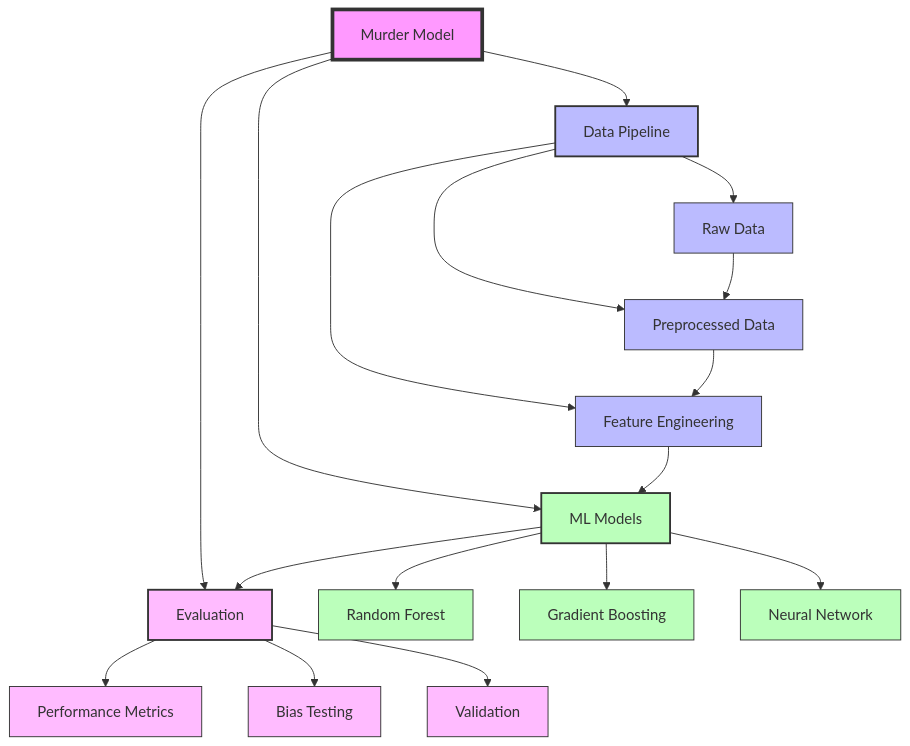
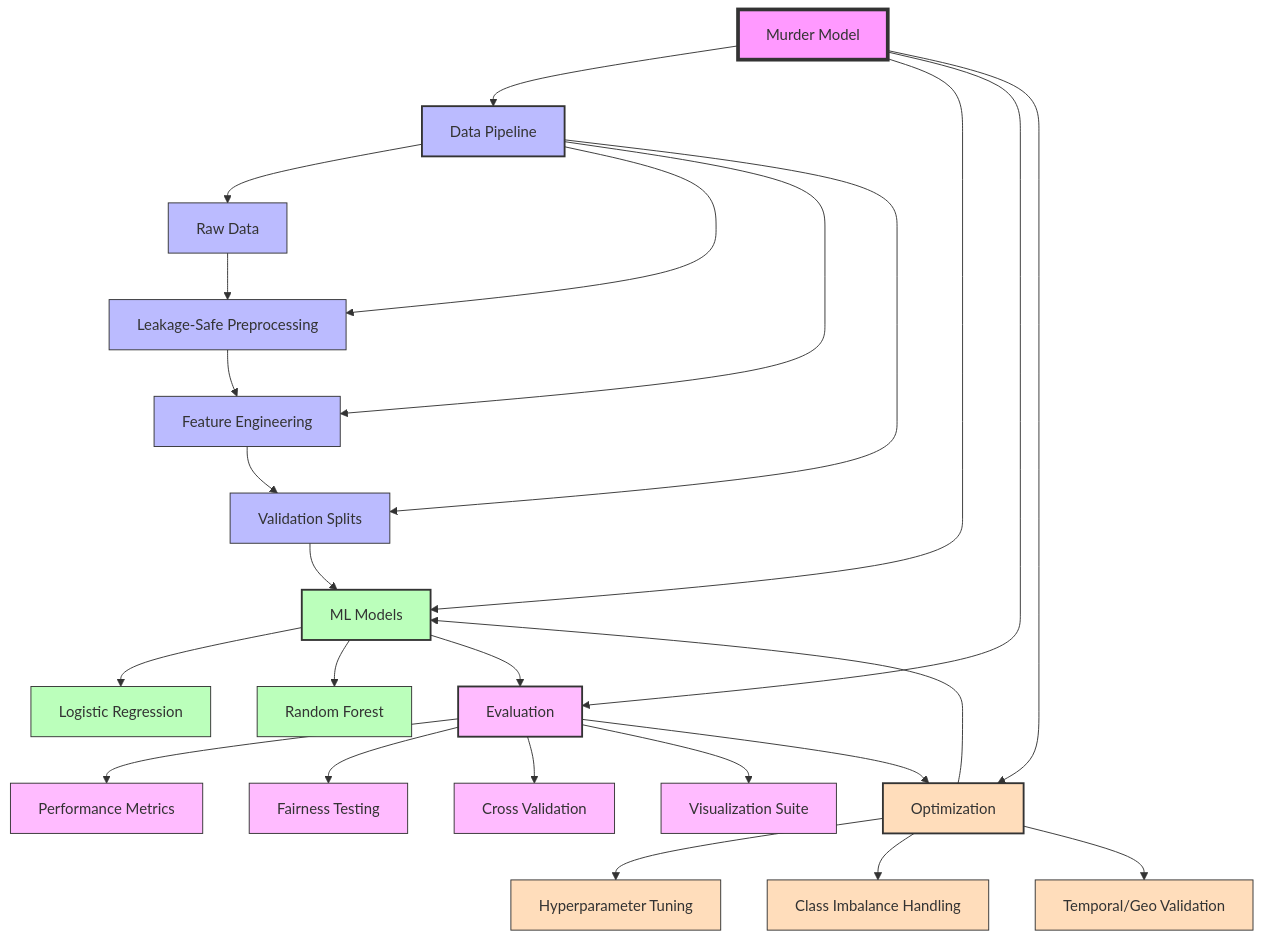
The diagram in .context/diagrams/architecture.mmd (henatic/MurderModel), drawn with Mermaid before and after one commit. The commit also changed 13 other files, not shown here.

```diff
--- a/.context/diagrams/architecture.mmd
+++ b/.context/diagrams/architecture.mmd
@@ -1,34 +1,46 @@
 graph TD
     A[Murder Model] --> B[Data Pipeline]
     A --> C[ML Models]
     A --> D[Evaluation]
+    A --> E[Optimization]
     
     B --> B1[Raw Data]
-    B --> B2[Preprocessed Data]
+    B --> B2[Leakage-Safe Preprocessing]
     B --> B3[Feature Engineering]
+    B --> B4[Validation Splits]
     
-    C --> C1[Random Forest]
-    C --> C2[Gradient Boosting]
-    C --> C3[Neural Network]
+    C --> C1[Logistic Regression]
+    C --> C2[Random Forest]
     
     D --> D1[Performance Metrics]
-    D --> D2[Bias Testing]
-    D --> D3[Validation]
+    D --> D2[Fairness Testing]
+    D --> D3[Cross Validation]
+    D --> D4[Visualization Suite]
+    
+    E --> E1[Hyperparameter Tuning]
+    E --> E2[Class Imbalance Handling]
+    E --> E3[Temporal/Geo Validation]
     
     B1 --> B2
     B2 --> B3
-    B3 --> C
+    B3 --> B4
+    B4 --> C
     C --> D
+    D --> E
+    E --> C
     
     style A fill:#f9f,stroke:#333,stroke-width:4px
     style B fill:#bbf,stroke:#333,stroke-width:2px
     style C fill:#bfb,stroke:#333,stroke-width:2px
     style D fill:#fbf,stroke:#333,stroke-width:2px
+    style E fill:#fdb,stroke:#333,stroke-width:2px
     
     classDef pipeline fill:#bbf,stroke:#333,stroke-width:1px
     classDef model fill:#bfb,stroke:#333,stroke-width:1px
     classDef eval fill:#fbf,stroke:#333,stroke-width:1px
+    classDef optimize fill:#fdb,stroke:#333,stroke-width:1px
     
-    class B1,B2,B3 pipeline
-    class C1,C2,C3 model
-    class D1,D2,D3 eval
+    class B1,B2,B3,B4 pipeline
+    class C1,C2 model
+    class D1,D2,D3,D4 eval
+    class E1,E2,E3 optimize
```
